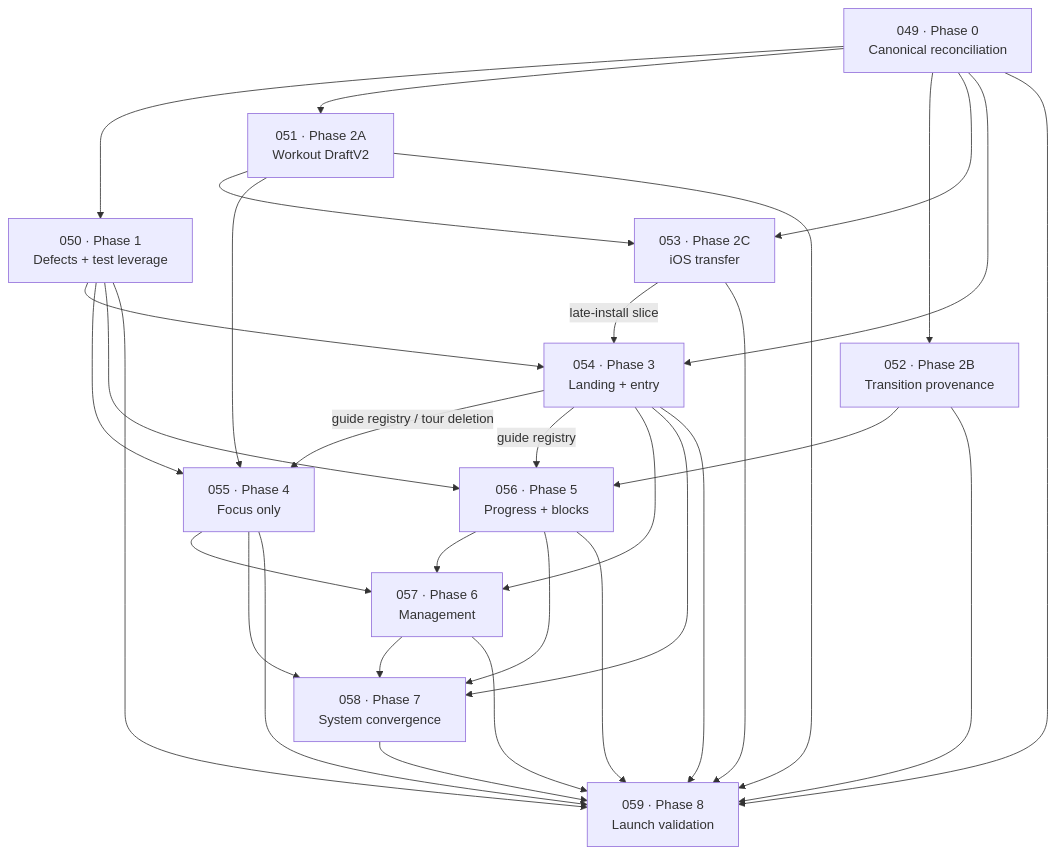
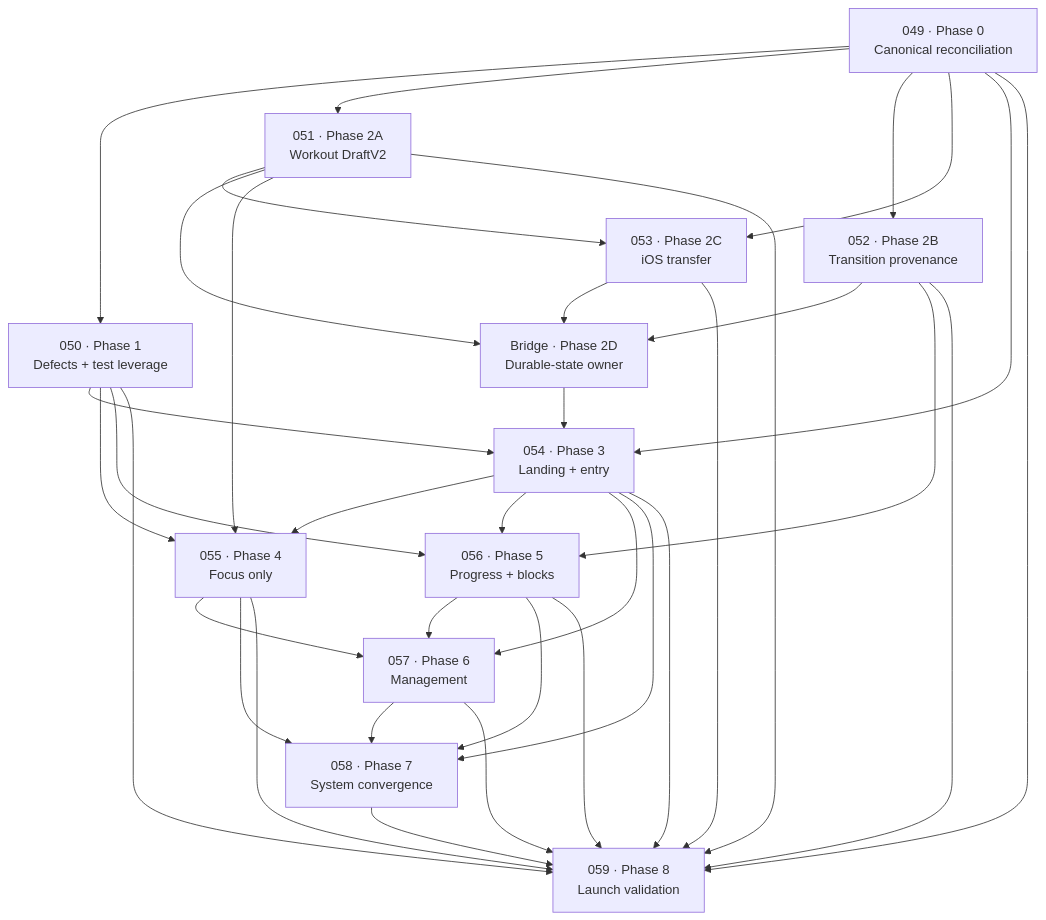
Before and after one commit to pedrochagasmaster/repforge: the diagram in docs/ui-overhaul-implementation-sequence.md, drawn with Mermaid. The commit also changed other lines of this file and 10 other files, not shown here.

Commit message:
docs(architecture): ratify PR239 disposition in the existing execution sequence

````diff
--- a/docs/ui-overhaul-implementation-sequence.md
+++ b/docs/ui-overhaul-implementation-sequence.md
@@ -92,52 +118,56 @@
 ```mermaid
 flowchart TD
   P049["049 · Phase 0<br/>Canonical reconciliation"]
   P050["050 · Phase 1<br/>Defects + test leverage"]
   P051["051 · Phase 2A<br/>Workout DraftV2"]
   P052["052 · Phase 2B<br/>Transition provenance"]
   P053["053 · Phase 2C<br/>iOS transfer"]
+  BRIDGE["Bridge · Phase 2D<br/>Durable-state owner"]
   P054["054 · Phase 3<br/>Landing + entry"]
   P055["055 · Phase 4<br/>Focus only"]
   P056["056 · Phase 5<br/>Progress + blocks"]
   P057["057 · Phase 6<br/>Management"]
   P058["058 · Phase 7<br/>System convergence"]
   P059["059 · Phase 8<br/>Launch validation"]
 
   P049 --> P050
   P049 --> P051
   P049 --> P052
   P049 --> P053
   P051 --> P053
 
   P049 --> P054
   P050 --> P054
-  P053 -->|"late-install slice"| P054
+  P051 --> BRIDGE
+  P052 --> BRIDGE
+  P053 --> BRIDGE
+  BRIDGE --> P054
 
   P050 --> P055
   P051 --> P055
-  P054 -->|"guide registry / tour deletion"| P055
+  P054 --> P055
 
   P050 --> P056
   P052 --> P056
-  P054 -->|"guide registry"| P056
+  P054 --> P056
 
   P054 --> P057
   P055 --> P057
   P056 --> P057
 
   P054 --> P058
   P055 --> P058
   P056 --> P058
   P057 --> P058
 
   P049 --> P059
   P050 --> P059
   P051 --> P059
   P052 --> P059
   P053 --> P059
   P054 --> P059
   P055 --> P059
   P056 --> P059
   P057 --> P059
   P058 --> P059
 ```
````
